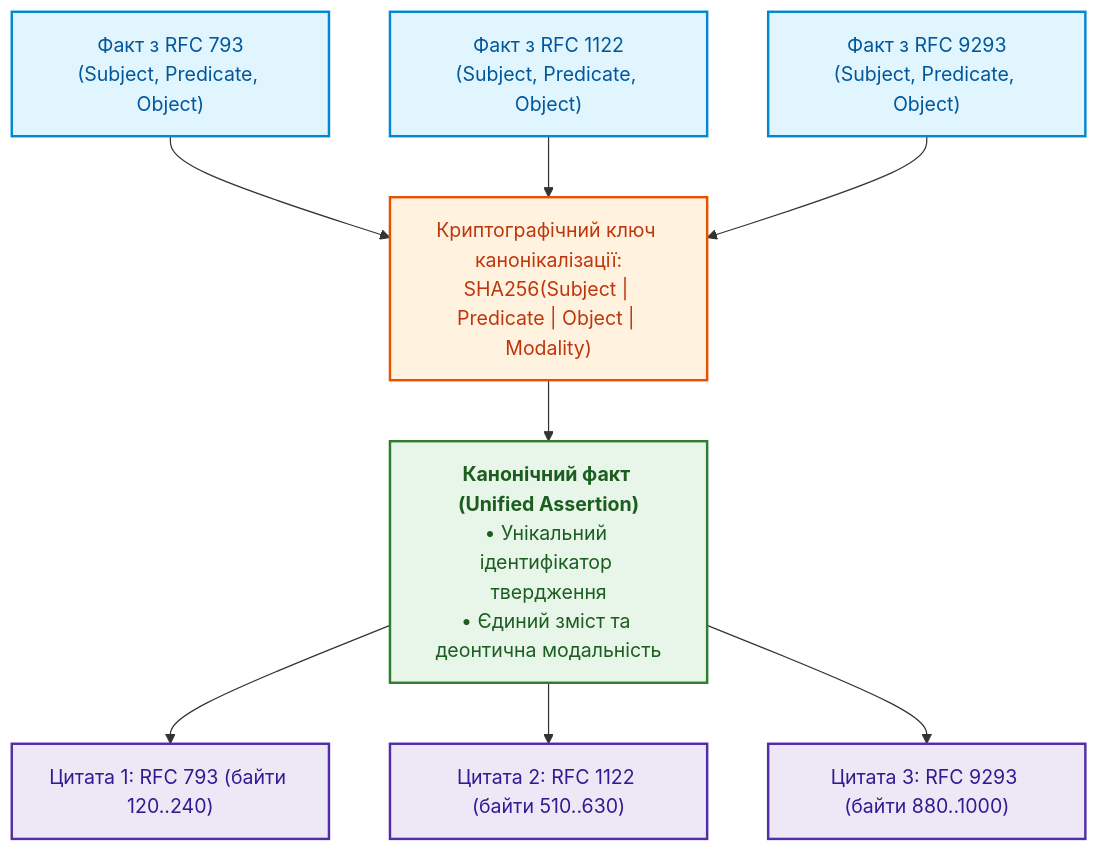
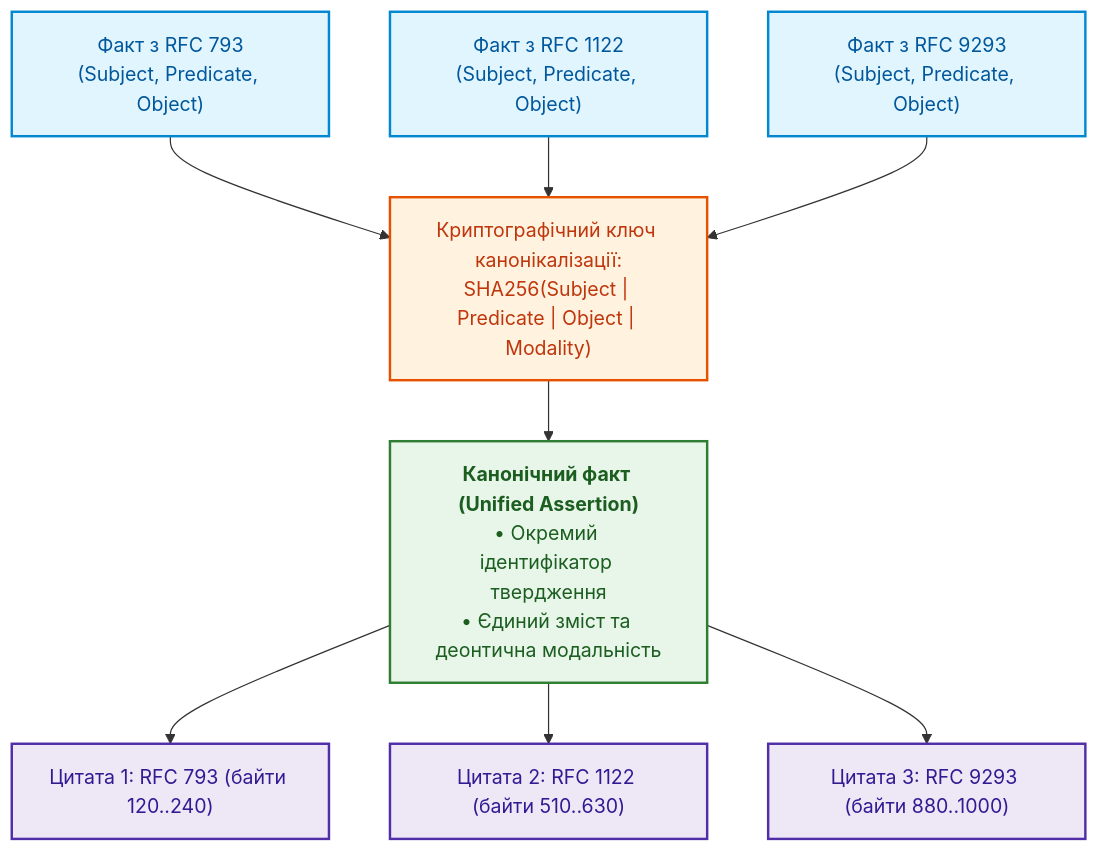
Before and after one commit to nick-fedchik/articles: the third of 5 diagrams in ExpertSystem/ch32-high-performance-knowledge-packs-mmap-and-harvesting.md, drawn with Mermaid. The commit also changed other lines of this file and 5 other files, not shown here.

````diff
--- a/ExpertSystem/ch32-high-performance-knowledge-packs-mmap-and-harvesting.md
+++ b/ExpertSystem/ch32-high-performance-knowledge-packs-mmap-and-harvesting.md
@@ -165,29 +170,29 @@
 ```mermaid
 flowchart TD
     accTitle: Алгоритм безвтратного кластерування тверджень
     accDescr: Об'єднання однакових фактів у канонічне твердження зі збереженням графа цитувань.
 
     RAW1["Факт з RFC 793<br/>(Subject, Predicate, Object)"]
     RAW2["Факт з RFC 1122<br/>(Subject, Predicate, Object)"]
     RAW3["Факт з RFC 9293<br/>(Subject, Predicate, Object)"]
 
     HASH["Криптографічний ключ канонікалізації:<br/>SHA256(Subject | Predicate | Object | Modality)"]
 
     RAW1 & RAW2 & RAW3 --> HASH
 
-    HASH --> CLUSTER["<b>Канонічний факт (Unified Assertion)</b><br/>• Унікальний ідентифікатор твердження<br/>• Єдиний зміст та деонтична модальність"]
+    HASH --> CLUSTER["<b>Канонічний факт (Unified Assertion)</b><br/>• Окремий ідентифікатор твердження<br/>• Єдиний зміст та деонтична модальність"]
 
     CLUSTER --> CIT1["Цитата 1: RFC 793 (байти 120..240)"]
     CLUSTER --> CIT2["Цитата 2: RFC 1122 (байти 510..630)"]
     CLUSTER --> CIT3["Цитата 3: RFC 9293 (байти 880..1000)"]
 
     classDef raw fill:#e1f5fe,stroke:#0288d1,stroke-width:2px,color:#01579b;
     classDef hash fill:#fff3e0,stroke:#e65100,stroke-width:2px,color:#bf360c;
     classDef cl fill:#e8f5e9,stroke:#2e7d32,stroke-width:2px,color:#1b5e20;
     classDef cit fill:#ede7f6,stroke:#512da8,stroke-width:2px,color:#311b92;
 
     class RAW1,RAW2,RAW3 raw;
     class HASH hash;
     class CLUSTER cl;
     class CIT1,CIT2,CIT3 cit;
 ```
````
